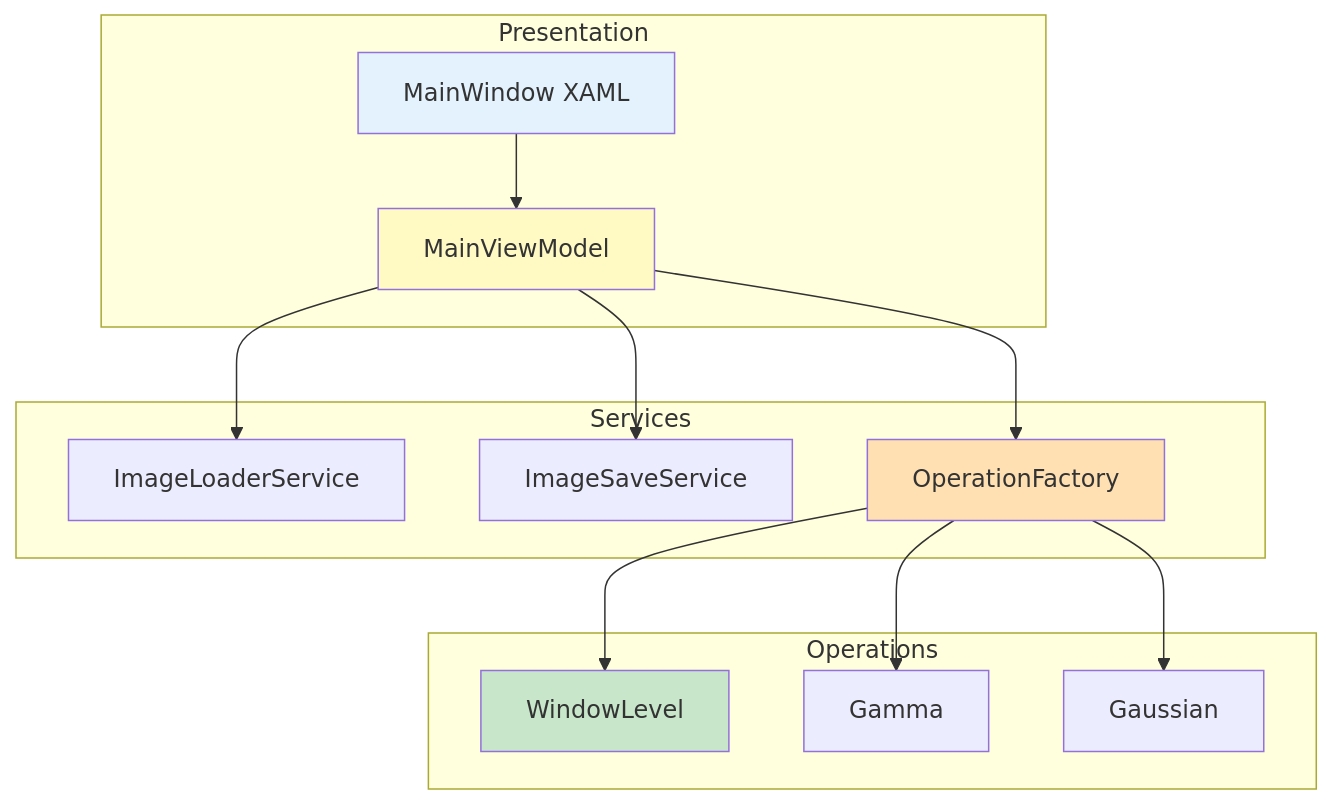
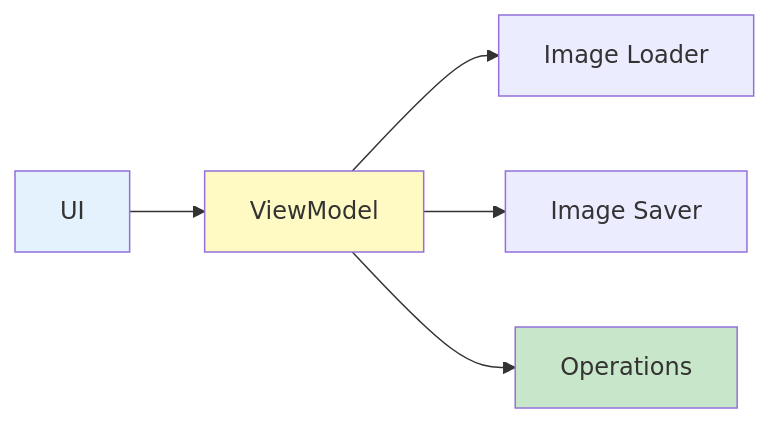
Before and after one commit to Anoopa-kedila/ImageReviewer: the ninth of 10 diagrams in ARCHITECTURE.md, drawn with Mermaid. The commit also changed other lines of this file, not shown here.

First line of the commit message:
Simplify diagrams to look more human-made

````diff
--- a/ARCHITECTURE.md
+++ b/ARCHITECTURE.md
@@ -312,32 +261,11 @@
 ```mermaid
-graph TB
-    subgraph "Presentation"
-        UI[MainWindow XAML]
-        VM[MainViewModel]
-    end
-
-    subgraph "Services"
-        Loader[ImageLoaderService]
-        Saver[ImageSaveService]
-        Factory[OperationFactory]
-    end
-
-    subgraph "Operations"
-        WL[WindowLevel]
-        Gamma[Gamma]
-        Gauss[Gaussian]
-    end
-
-    UI --> VM
-    VM --> Loader
-    VM --> Saver
-    VM --> Factory
-    Factory --> WL
-    Factory --> Gamma
-    Factory --> Gauss
+graph LR
+    UI[UI] --> VM[ViewModel]
+    VM --> Loader[Image Loader]
+    VM --> Saver[Image Saver]
+    VM --> Ops[Operations]
 
     style UI fill:#e3f2fd
     style VM fill:#fff9c4
-    style Factory fill:#ffe0b2
-    style WL fill:#c8e6c9
+    style Ops fill:#c8e6c9
 ```
````
